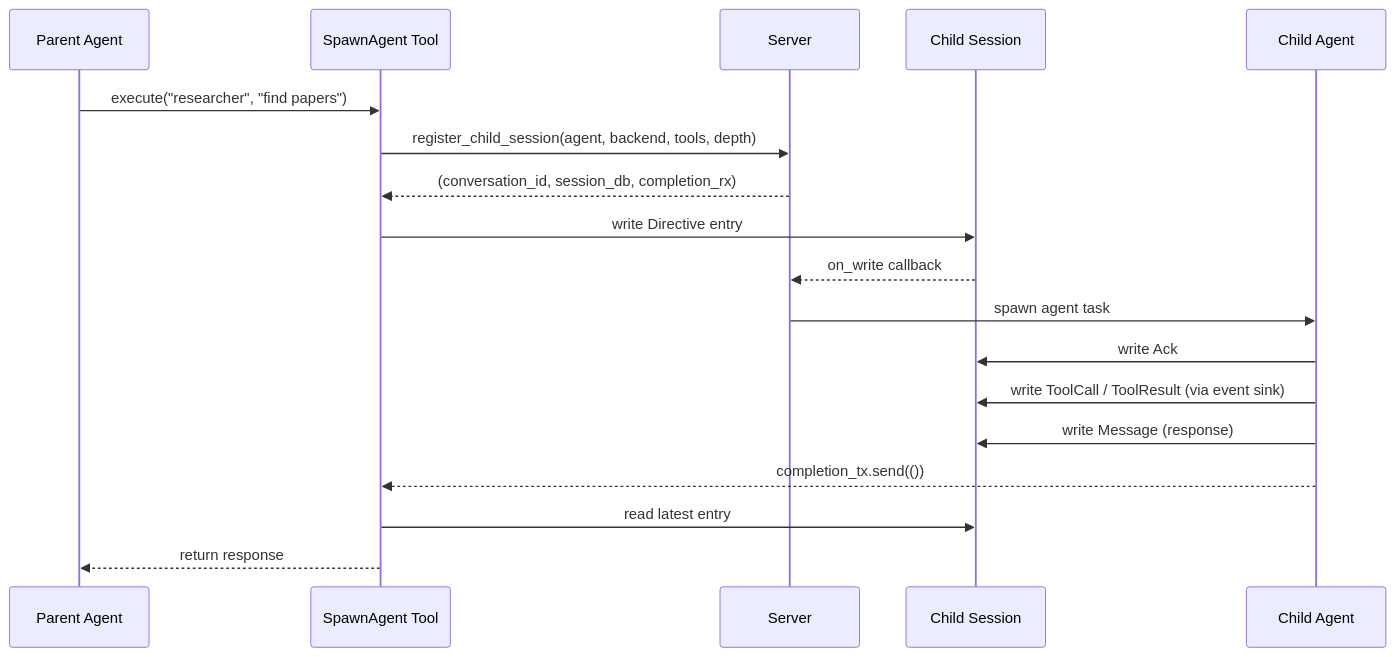
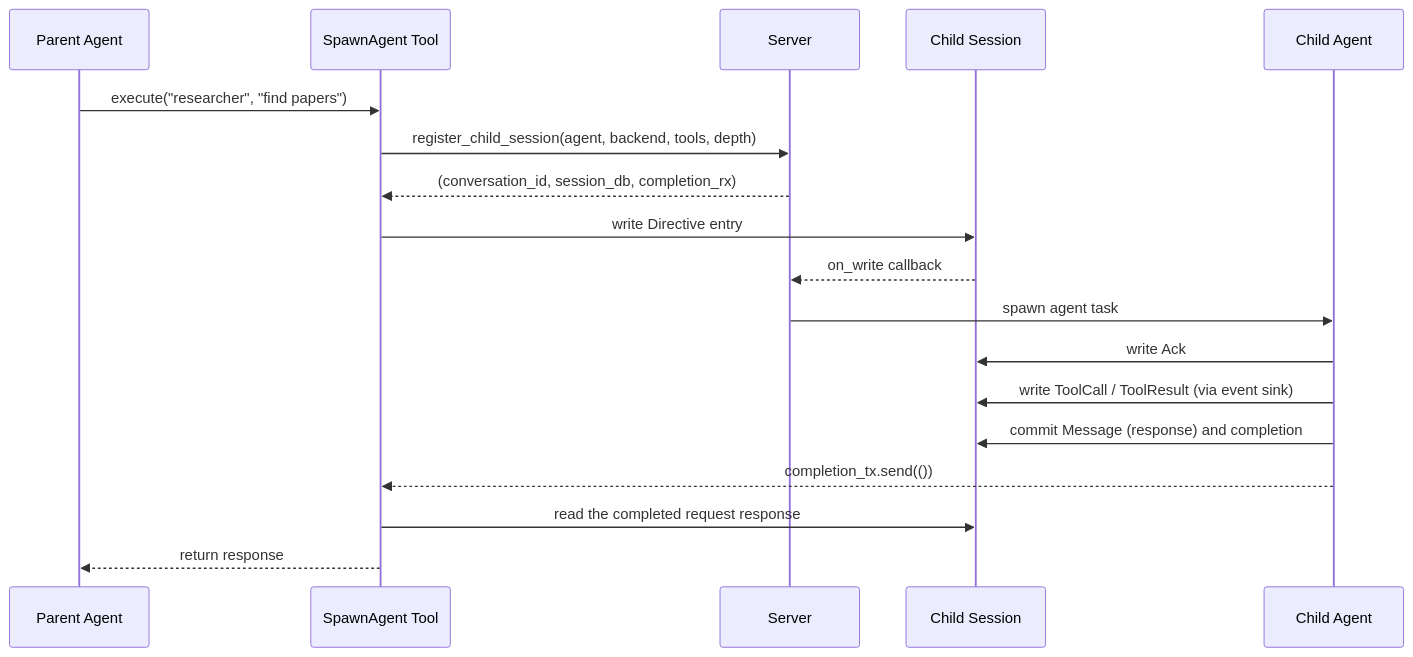
The second of 2 diagrams in docs/src/design/session_messaging.md (arcuru/chaz), drawn with Mermaid before and after one commit. The commit also changed other lines of this file and 4 other files, not shown here.

````diff
--- a/docs/src/design/session_messaging.md
+++ b/docs/src/design/session_messaging.md
@@ -70,21 +75,21 @@
 ```mermaid
 sequenceDiagram
     participant P as Parent Agent
     participant SA as SpawnAgent Tool
     participant SV as Server
     participant CS as Child Session
     participant CA as Child Agent
 
     P->>SA: execute("researcher", "find papers")
     SA->>SV: register_child_session(agent, backend, tools, depth)
     SV-->>SA: (conversation_id, session_db, completion_rx)
     SA->>CS: write Directive entry
     CS-->>SV: on_write callback
     SV->>CA: spawn agent task
     CA->>CS: write Ack
     CA->>CS: write ToolCall / ToolResult (via event sink)
-    CA->>CS: write Message (response)
+    CA->>CS: commit Message (response) and completion
     CA-->>SA: completion_tx.send(())
-    SA->>CS: read latest entry
+    SA->>CS: read the completed request response
     SA-->>P: return response
 ```
````
